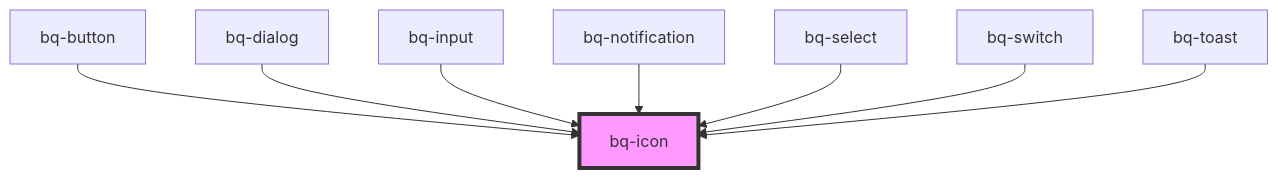
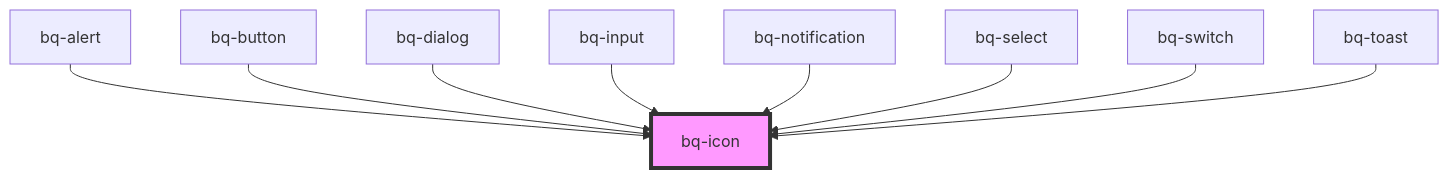
Before and after one commit to Endava/BEEQ: the diagram in packages/beeq/src/components/icon/readme.md, drawn with Mermaid. The commit also changed other lines of this file and 10 other files, not shown here.

````diff
--- a/packages/beeq/src/components/icon/readme.md
+++ b/packages/beeq/src/components/icon/readme.md
@@ -48,11 +49,12 @@
 ```mermaid
 graph TD;
+  bq-alert --> bq-icon
   bq-button --> bq-icon
   bq-dialog --> bq-icon
   bq-input --> bq-icon
   bq-notification --> bq-icon
   bq-select --> bq-icon
   bq-switch --> bq-icon
   bq-toast --> bq-icon
   style bq-icon fill:#f9f,stroke:#333,stroke-width:4px
 ```
````
